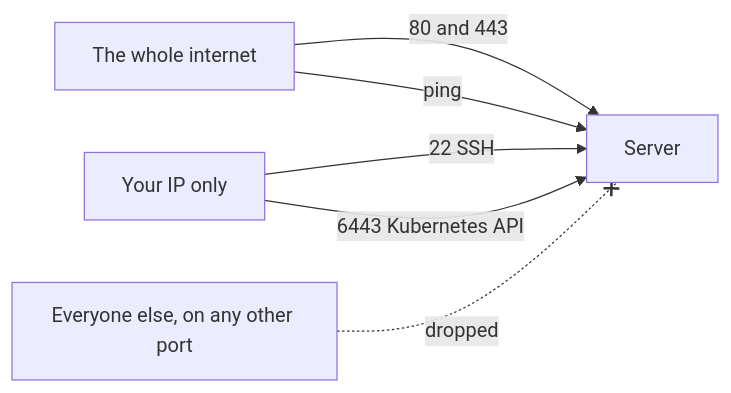
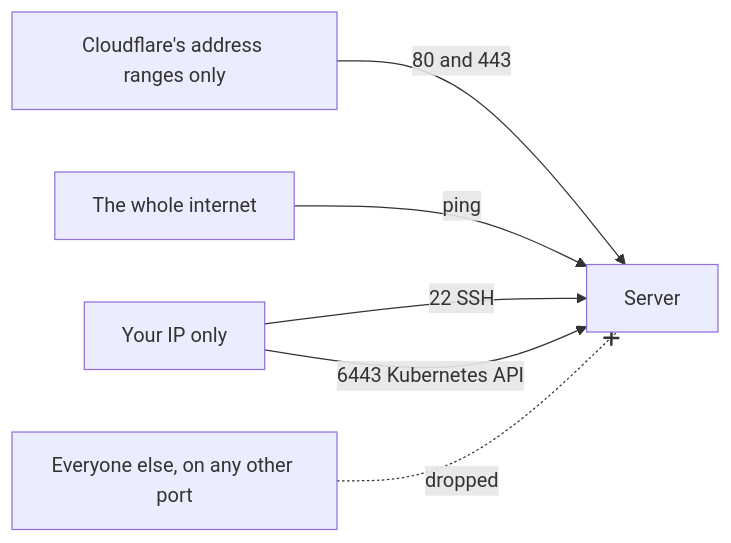
Before and after one commit to BamiseOmolaso/cloudportfoliowebsite: the fifth of 5 diagrams in docs/infra/00-architecture-overview.md, drawn with Mermaid. The commit also changed other lines of this file and 7 other files, not shown here.

First line of the commit message:
feat(infra): accept web traffic from Cloudflare's ranges only

````diff
--- a/docs/infra/00-architecture-overview.md
+++ b/docs/infra/00-architecture-overview.md
@@ -164,8 +164,8 @@
 ```mermaid
 flowchart LR
-  I["The whole internet"] -->|"80 and 443"| S["Server"]
-  I -->|"ping"| S
+  CFL["Cloudflare's address ranges only"] -->|"80 and 443"| S["Server"]
+  I["The whole internet"] -->|"ping"| S
   M["Your IP only"] -->|"22 SSH"| S
   M -->|"6443 Kubernetes API"| S
   X["Everyone else, on any other port"] -.-x|"dropped"| S
 ```
````
